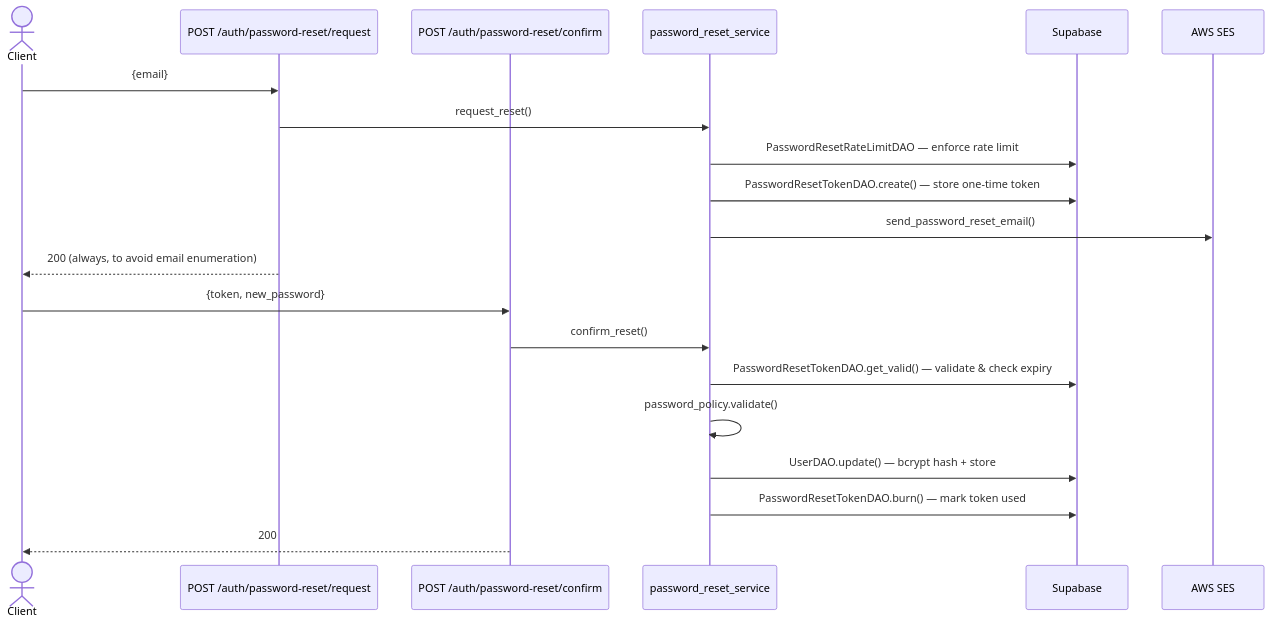
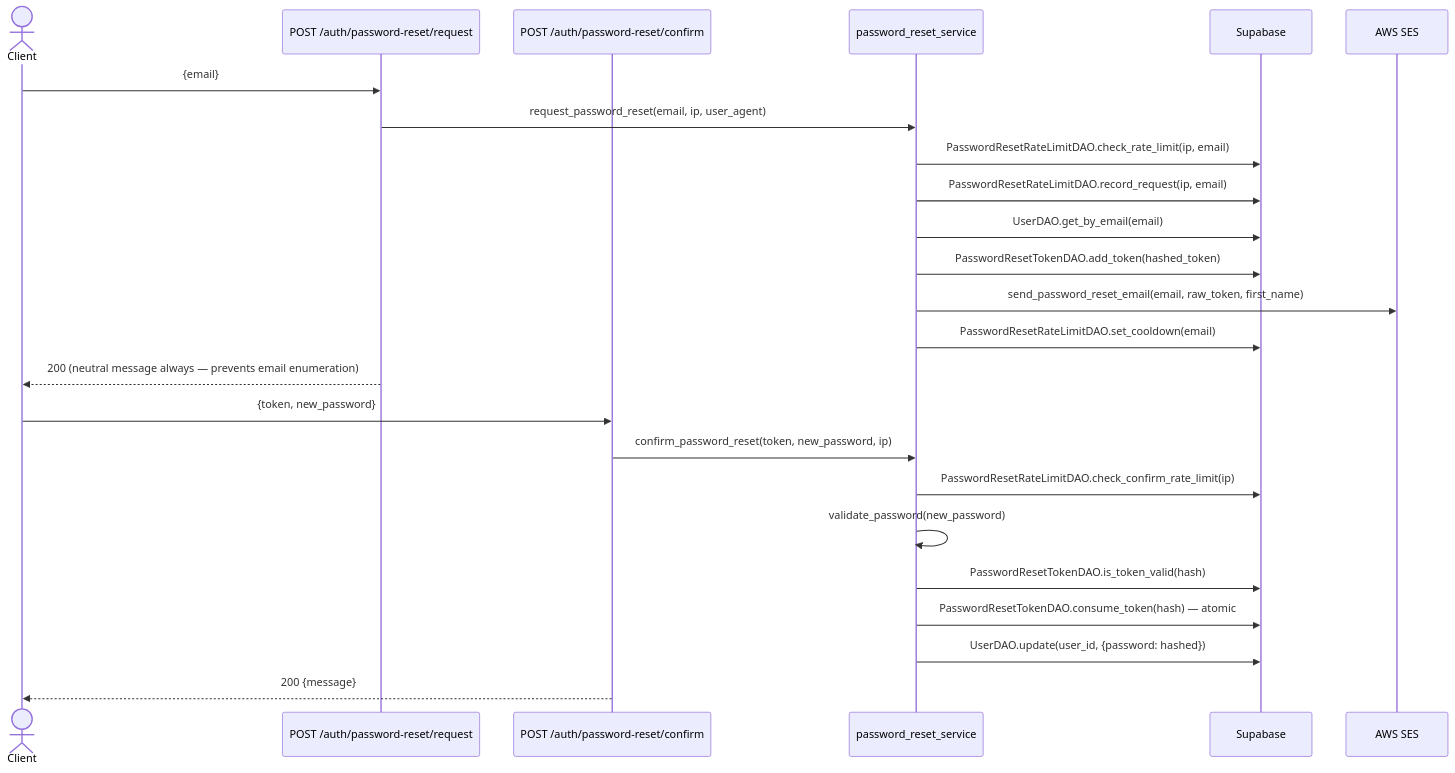
Before and after one commit to EduQuest-AI-Inc/eduquest-backend: the fifth of 31 diagrams in ARCHITECTURE.md, drawn with Mermaid. The commit also changed other lines of this file and 8 other files, not shown here.

````diff
--- a/ARCHITECTURE.md
+++ b/ARCHITECTURE.md
@@ -130,24 +227,28 @@
 ```mermaid
 sequenceDiagram
     actor C as Client
     participant R1 as POST /auth/password-reset/request
     participant R2 as POST /auth/password-reset/confirm
     participant S as password_reset_service
     participant DB as Supabase
     participant Email as AWS SES
 
     C->>R1: {email}
-    R1->>S: request_reset()
-    S->>DB: PasswordResetRateLimitDAO  — enforce rate limit
-    S->>DB: PasswordResetTokenDAO.create()  — store one-time token
-    S->>Email: send_password_reset_email()
-    R1-->>C: 200  (always, to avoid email enumeration)
+    R1->>S: request_password_reset(email, ip, user_agent)
+    S->>DB: PasswordResetRateLimitDAO.check_rate_limit(ip, email)
+    S->>DB: PasswordResetRateLimitDAO.record_request(ip, email)
+    S->>DB: UserDAO.get_by_email(email)
+    S->>DB: PasswordResetTokenDAO.add_token(hashed_token)
+    S->>Email: send_password_reset_email(email, raw_token, first_name)
+    S->>DB: PasswordResetRateLimitDAO.set_cooldown(email)
+    R1-->>C: 200 (neutral message always — prevents email enumeration)
 
     C->>R2: {token, new_password}
-    R2->>S: confirm_reset()
-    S->>DB: PasswordResetTokenDAO.get_valid()  — validate & check expiry
-    S->>S: password_policy.validate()
-    S->>DB: UserDAO.update()  — bcrypt hash + store
-    S->>DB: PasswordResetTokenDAO.burn()  — mark token used
-    R2-->>C: 200
+    R2->>S: confirm_password_reset(token, new_password, ip)
+    S->>DB: PasswordResetRateLimitDAO.check_confirm_rate_limit(ip)
+    S->>S: validate_password(new_password)
+    S->>DB: PasswordResetTokenDAO.is_token_valid(hash)
+    S->>DB: PasswordResetTokenDAO.consume_token(hash) — atomic
+    S->>DB: UserDAO.update(user_id, {password: hashed})
+    R2-->>C: 200 {message}
 ```
````
